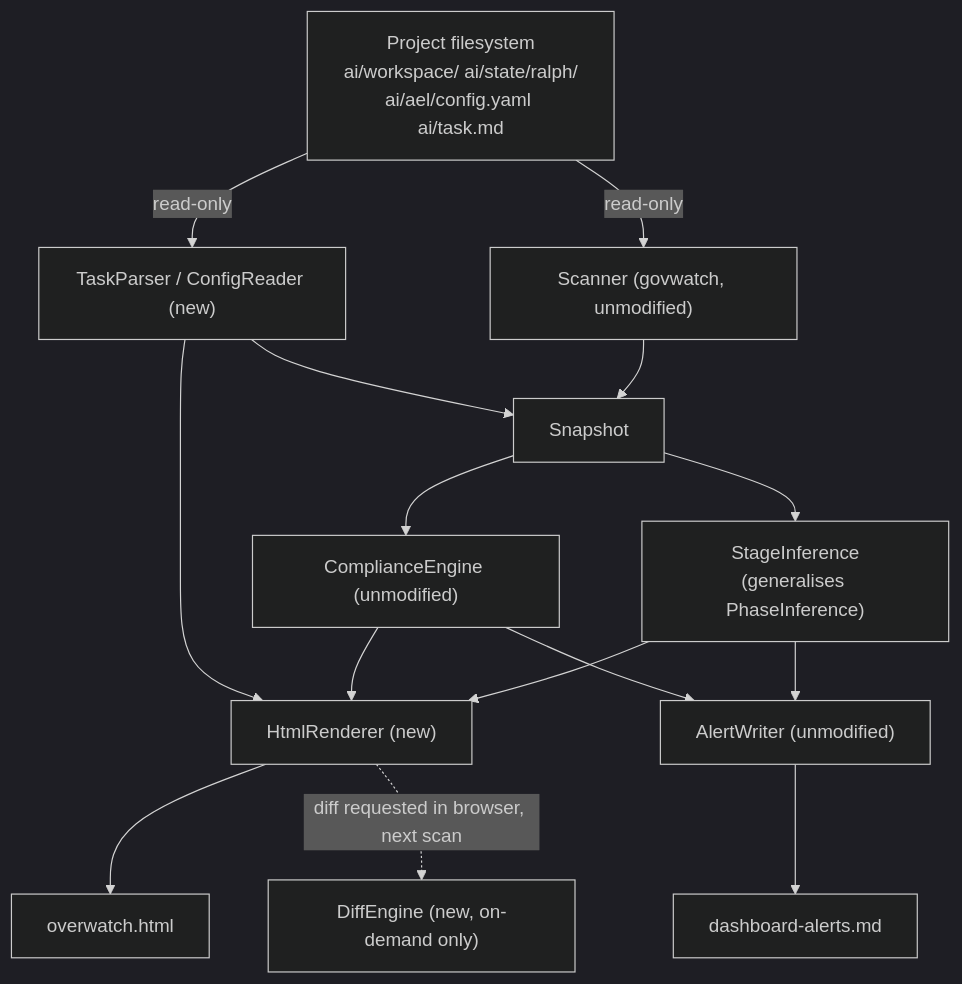
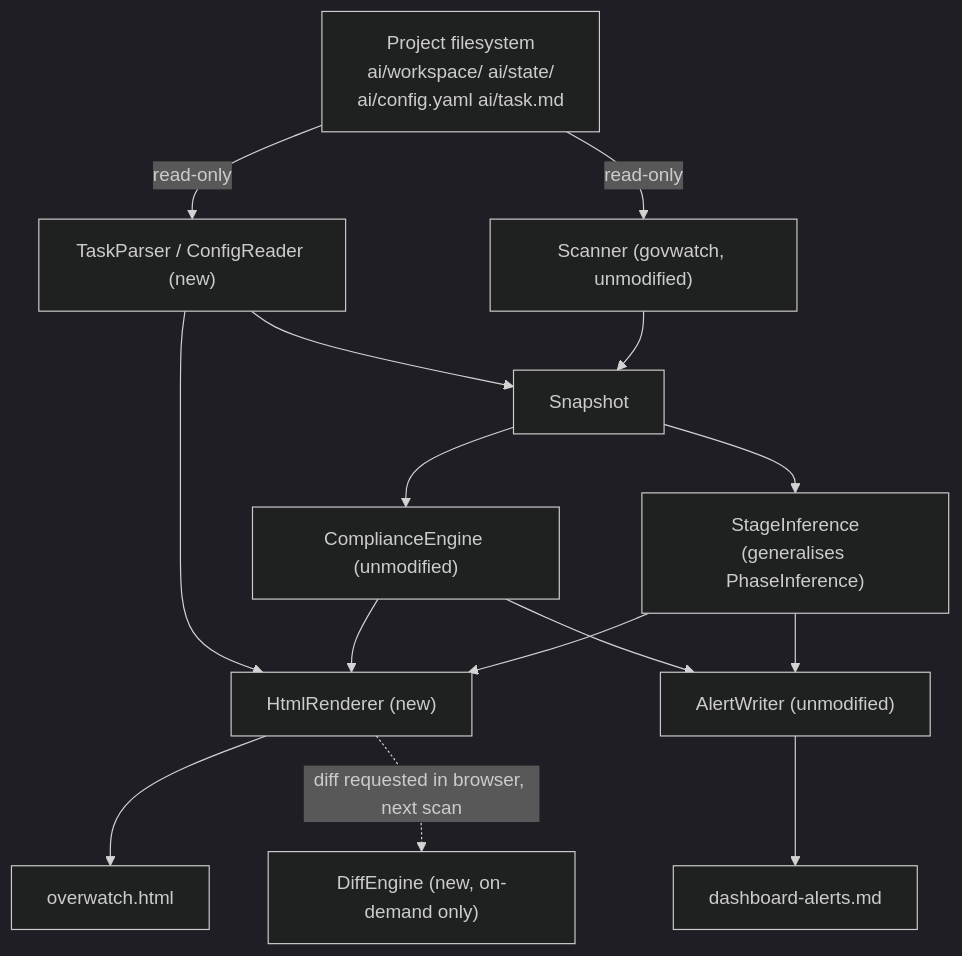
Before and after one commit to William12556/AI-Governance-and-Orchestration: the diagram in dev/design/design-project-overwatch.md, drawn with Mermaid (dark theme). The commit also changed other lines of this file and 89 other files, not shown here.

First line of the commit message:
refactor!: migrate to engine/governance layout; retire AEL, Ralph Loop and govwatch (5bcd46ad)

````diff
--- a/dev/design/design-project-overwatch.md
+++ b/dev/design/design-project-overwatch.md
@@ -112,29 +112,29 @@
 ```mermaid
 graph TD
-    FS["Project filesystem<br/>ai/workspace/ ai/state/ralph/<br/>ai/ael/config.yaml ai/task.md"]
+    FS["Project filesystem<br/>ai/workspace/ ai/state/<br/>ai/config.yaml ai/task.md"]
     SC["Scanner (govwatch, unmodified)"]
     NEW["TaskParser / ConfigReader (new)"]
     SNAP["Snapshot"]
     PI["StageInference<br/>(generalises PhaseInference)"]
     CE["ComplianceEngine (unmodified)"]
     DE["DiffEngine (new, on-demand only)"]
     RN["HtmlRenderer (new)"]
     OUT["overwatch.html"]
     AW["AlertWriter (unmodified)"]
     ALERTS["dashboard-alerts.md"]
 
     FS -->|read-only| SC
     FS -->|read-only| NEW
     SC --> SNAP
     NEW --> SNAP
     SNAP --> PI
     SNAP --> CE
     PI --> RN
     CE --> RN
     NEW --> RN
     RN --> OUT
     PI --> AW
     CE --> AW
     AW --> ALERTS
     RN -.->|diff requested in browser, next scan| DE
 ```
````
